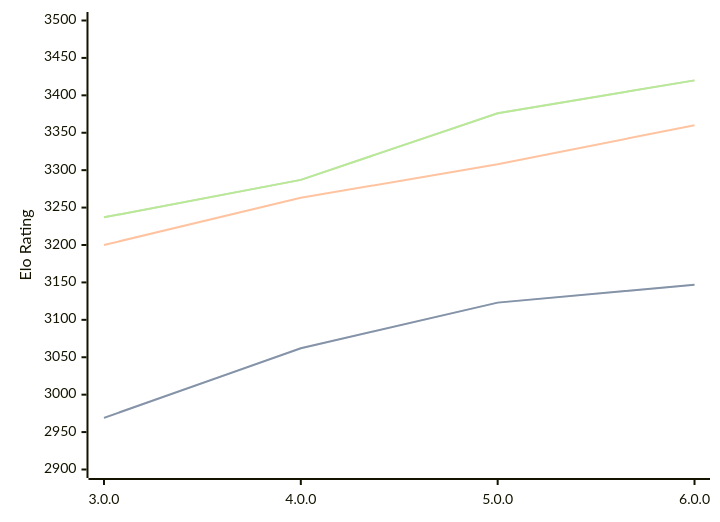
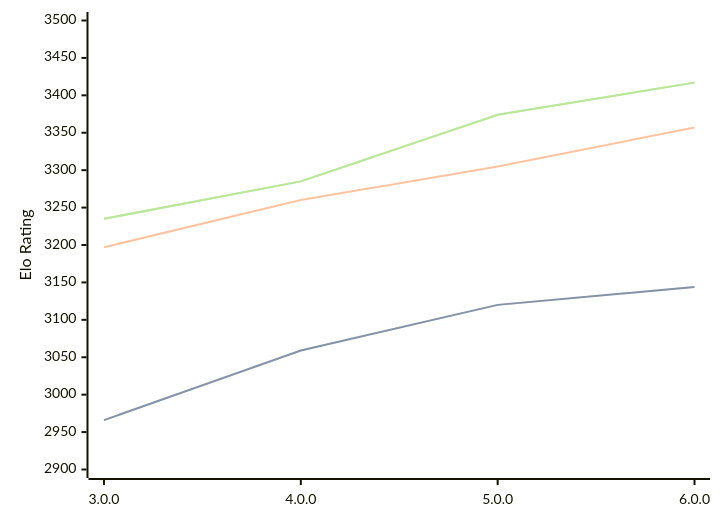
One commit to computer-chess-index/cci changed the diagram in engines/Minke.md. Above: the diagram before and after it, drawn with Mermaid. The commit also changed other lines of this file, not shown here.

Commit message:
Update CCI Ratings (ELO VLTC) - 2026-08-12

````diff
--- a/engines/Minke.md
+++ b/engines/Minke.md
@@ -34,11 +34,11 @@
 ```mermaid
 %%{init: {"theme":"base","themeVariables":{"seriesColors:['#a3a3a3','#222221','#faa371']}}}%%
 xychart-beta
   x-axis ["3.0.0", "4.0.0", "5.0.0", "6.0.0"]
   y-axis "Elo Rating" 2900 --> 3500
-  line "STC (8.0+0.08s)" [2969, 3062, 3123, 3147]
-  line "STC (8.0+0.08s)" [2969, 3062, 3123, 3147]
-  line "LTC (60.0+0.60s)" [3200, 3263, 3308, 3360]
-  line "VLTC (2m24s+1.12s)" [3237, 3287, 3376, 3420]
-  line "VLTC (2m24s+1.12s)" [3237, 3287, 3376, 3420]
+  line "STC (8.0+0.08s)" [2966, 3059, 3120, 3144]
+  line "STC (8.0+0.08s)" [2966, 3059, 3120, 3144]
+  line "LTC (60.0+0.60s)" [3197, 3260, 3305, 3357]
+  line "VLTC (2m24s+1.12s)" [3235, 3285, 3374, 3417]
+  line "VLTC (2m24s+1.12s)" [3235, 3285, 3374, 3417]
 ```
````
